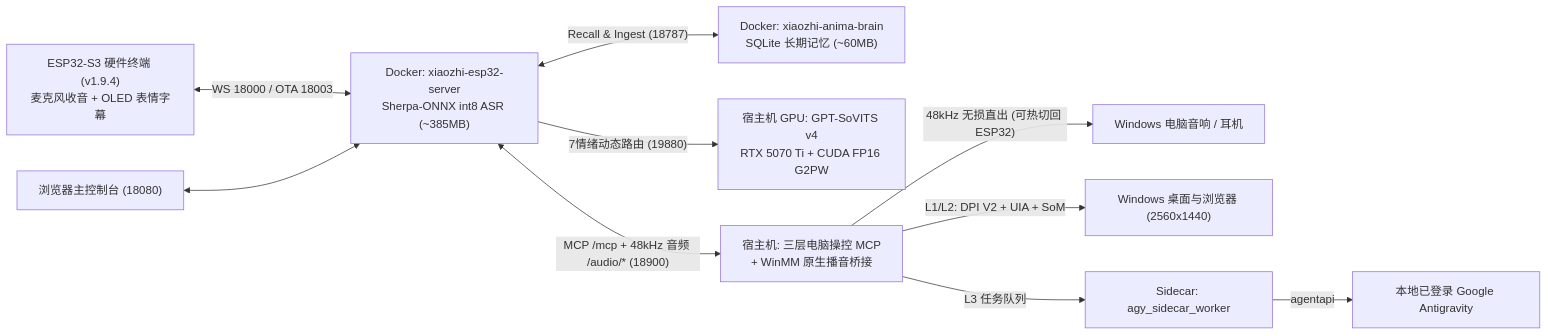
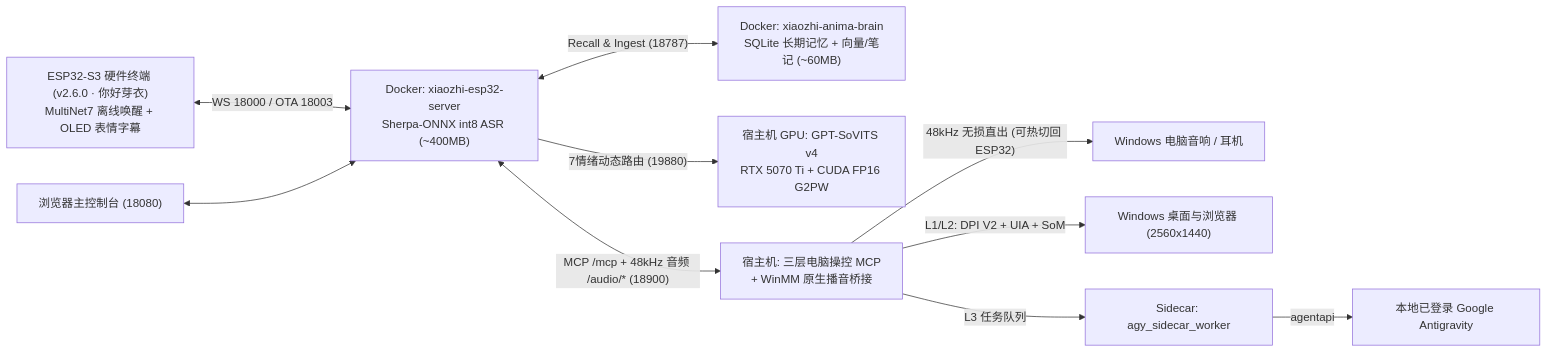
The diagram in 项目交接与运维手册.md (zou172866/xiaozhi-windows-pc-mcp), drawn with Mermaid before and after one commit. The commit also changed other lines of this file and 13 other files, not shown here.

Commit message:
feat(wakeword,console,memory): add custom '你好芽衣' wakeword support, hot reply-length sliders, Anima Brain Gemini embedding fix, and xiaozhi-esp32-ops skill

````diff
--- a/项目交接与运维手册.md
+++ b/项目交接与运维手册.md
@@ -13,12 +13,12 @@
 ```mermaid
 flowchart LR
-    ESP["ESP32-S3 硬件终端 (v1.9.4)<br/>麦克风收音 + OLED 表情字幕"] <-->|"WS 18000 / OTA 18003"| XZ["Docker: xiaozhi-esp32-server<br/>Sherpa-ONNX int8 ASR (~385MB)"]
+    ESP["ESP32-S3 硬件终端 (v2.6.0 · 你好芽衣)<br/>MultiNet7 离线唤醒 + OLED 表情字幕"] <-->|"WS 18000 / OTA 18003"| XZ["Docker: xiaozhi-esp32-server<br/>Sherpa-ONNX int8 ASR (~400MB)"]
     UI["浏览器主控制台 (18080)"] <--> XZ
-    XZ <-->|"Recall & Ingest (18787)"| ANIMA["Docker: xiaozhi-anima-brain<br/>SQLite 长期记忆 (~60MB)"]
+    XZ <-->|"Recall & Ingest (18787)"| ANIMA["Docker: xiaozhi-anima-brain<br/>SQLite 长期记忆 + 向量/笔记 (~60MB)"]
     XZ -->|"7情绪动态路由 (19880)"| GSV["宿主机 GPU: GPT-SoVITS v4<br/>RTX 5070 Ti + CUDA FP16 G2PW"]
     XZ <-->|"MCP /mcp + 48kHz 音频 /audio/* (18900)"| MCP["宿主机: 三层电脑操控 MCP<br/>+ WinMM 原生播音桥接"]
     MCP -->|"48kHz 无损直出 (可热切回 ESP32)"| SPK["Windows 电脑音响 / 耳机"]
     MCP -->|"L1/L2: DPI V2 + UIA + SoM"| WIN["Windows 桌面与浏览器 (2560x1440)"]
     MCP -->|"L3 任务队列"| SC["Sidecar: agy_sidecar_worker"]
     SC -->|"agentapi"| AGY["本地已登录 Google Antigravity"]
 ```
````
